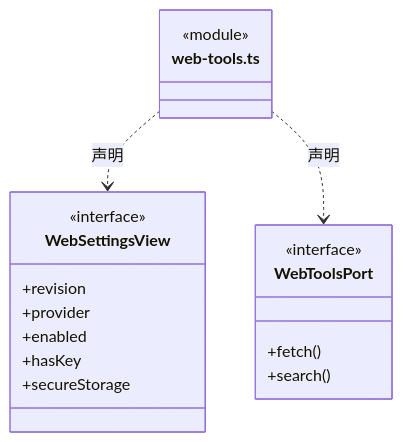
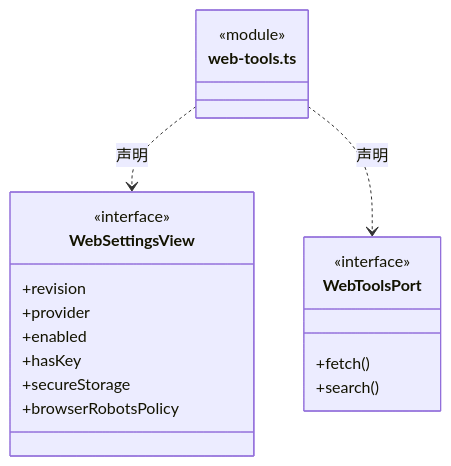
Diagram 14 of 15 in src/backend/core/connectors/ARCHITECTURE.md (nan023062/cbim), drawn with Mermaid before and after one commit. The commit also changed other lines of this file and 33 other files, not shown here.

Commit message:
feat: configure browser robots policy and read Saltline natively

````diff
--- a/src/backend/core/connectors/ARCHITECTURE.md
+++ b/src/backend/core/connectors/ARCHITECTURE.md
@@ -321,21 +321,22 @@
 ```mermaid
 classDiagram
 class N_src_backend_core_connectors_web_tools_ts["web-tools.ts"] {
   <<module>>
 }
 class N_src_backend_core_connectors_web_tools_ts_WebSettingsView["WebSettingsView"] {
   <<interface>>
   +revision
   +provider
   +enabled
   +hasKey
   +secureStorage
+  +browserRobotsPolicy
 }
 N_src_backend_core_connectors_web_tools_ts ..> N_src_backend_core_connectors_web_tools_ts_WebSettingsView : 声明
 class N_src_backend_core_connectors_web_tools_ts_WebToolsPort["WebToolsPort"] {
   <<interface>>
   +fetch()
   +search()
 }
 N_src_backend_core_connectors_web_tools_ts ..> N_src_backend_core_connectors_web_tools_ts_WebToolsPort : 声明
 ```
````
